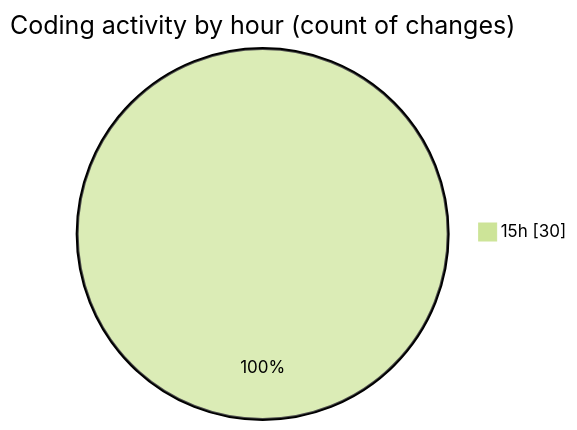
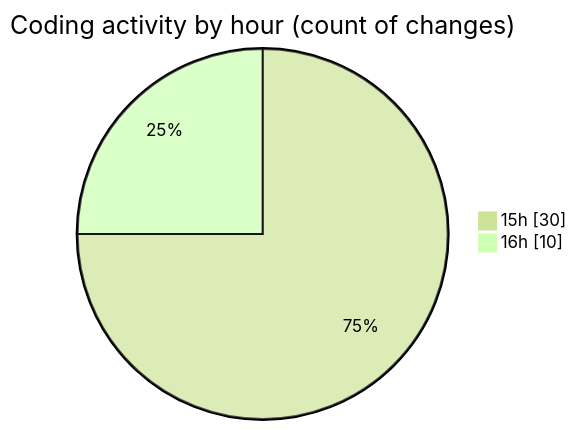
The second of 2 diagrams in 2026-04-02/ai-programming-assignment-4/README.md (Unknowalive/code-tracking), drawn with Mermaid (forest theme) before and after one commit. The commit also changed other lines of this file and 1 other file, not shown here.

````diff
--- a/2026-04-02/ai-programming-assignment-4/README.md
+++ b/2026-04-02/ai-programming-assignment-4/README.md
@@ -38,5 +43,6 @@
 ```mermaid
 pie showData
 title Coding activity by hour (count of changes)
 "15h" : 30
+"16h" : 10
 ```
````
